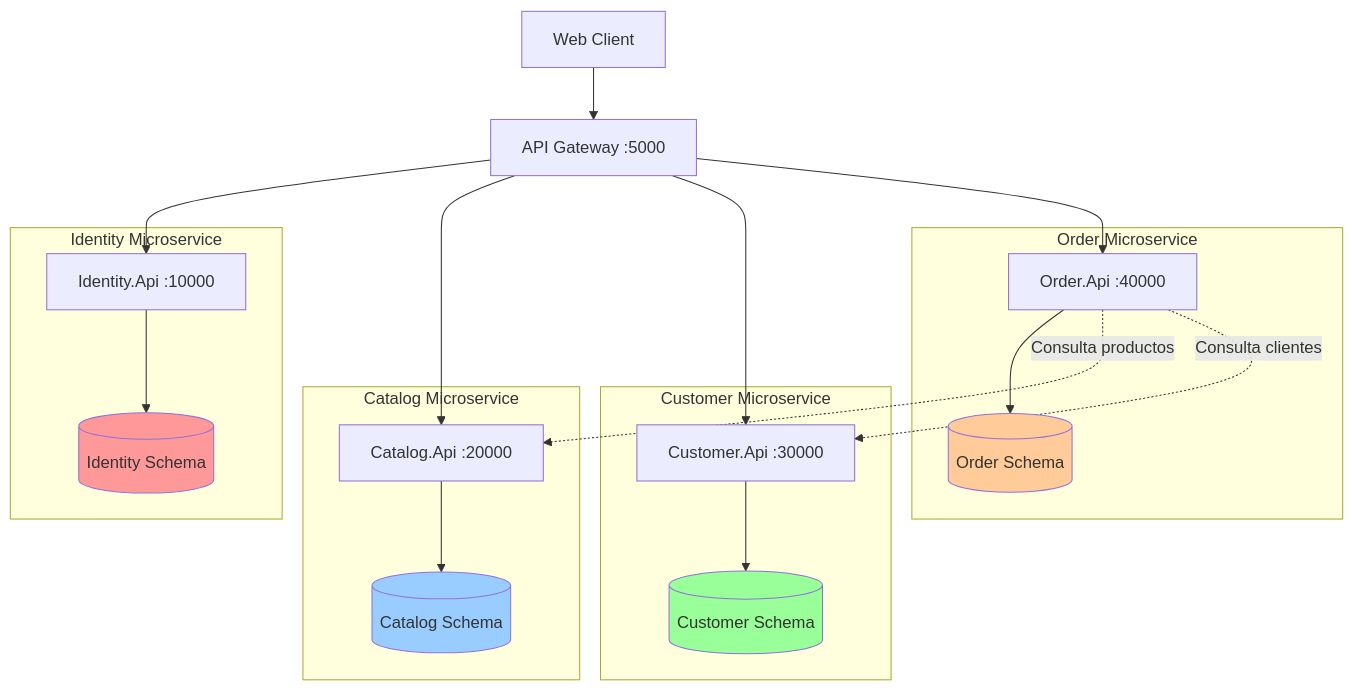
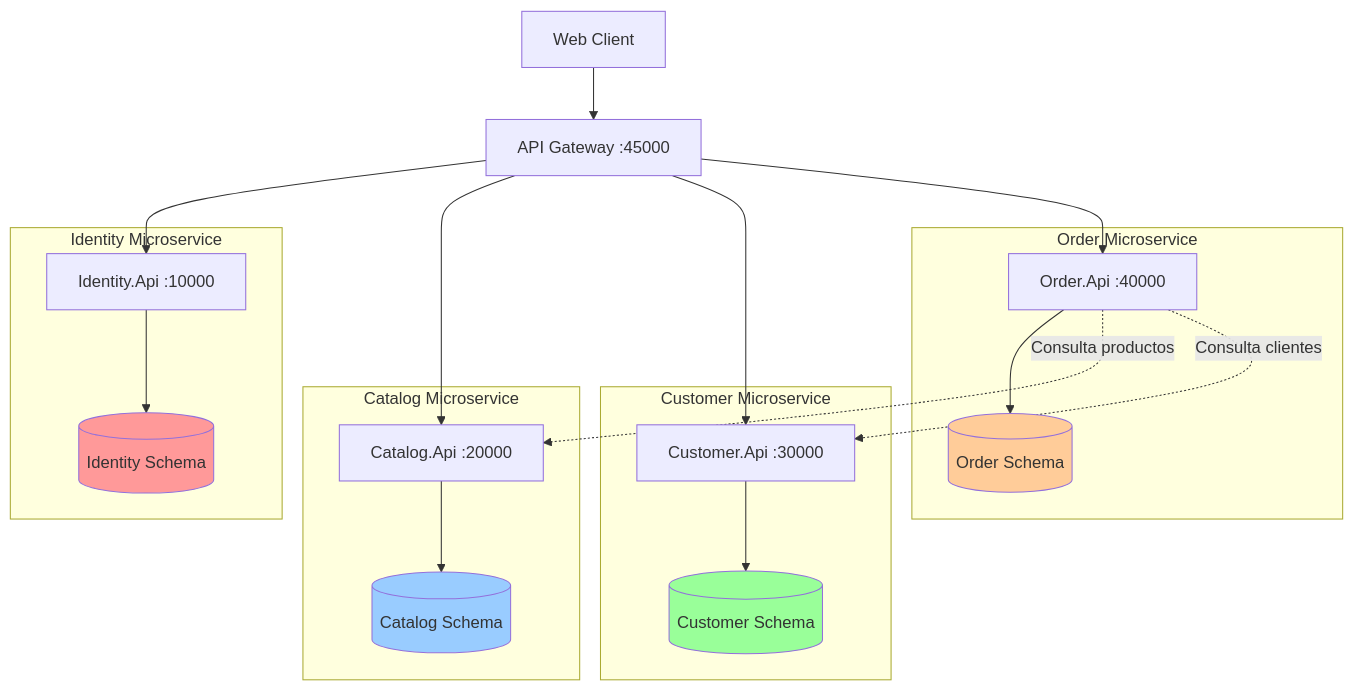
One commit to MiltonMolloja/ECommerceMicroserviceArchitecture changed the second of 3 diagrams in DATABASE_SCHEMA.md. Above: the diagram before and after it, drawn with Mermaid. The commit also changed 6 other files, not shown here.

Commit message:
UpDate API Gateway

````diff
--- a/DATABASE_SCHEMA.md
+++ b/DATABASE_SCHEMA.md
@@ -170,43 +170,43 @@
 ```mermaid
 graph TB
     subgraph "Identity Microservice"
         IdentityAPI[Identity.Api :10000]
         IdentityDB[(Identity Schema)]
         IdentityAPI --> IdentityDB
     end
     
     subgraph "Catalog Microservice"
         CatalogAPI[Catalog.Api :20000]
         CatalogDB[(Catalog Schema)]
         CatalogAPI --> CatalogDB
     end
     
     subgraph "Customer Microservice"
         CustomerAPI[Customer.Api :30000]
         CustomerDB[(Customer Schema)]
         CustomerAPI --> CustomerDB
     end
     
     subgraph "Order Microservice"
         OrderAPI[Order.Api :40000]
         OrderDB[(Order Schema)]
         OrderAPI --> OrderDB
     end
     
-    Gateway[API Gateway :5000]
+    Gateway[API Gateway :45000]
     WebClient[Web Client]
     
     WebClient --> Gateway
     Gateway --> IdentityAPI
     Gateway --> CatalogAPI
     Gateway --> CustomerAPI
     Gateway --> OrderAPI
     
     OrderAPI -.->|Consulta productos| CatalogAPI
     OrderAPI -.->|Consulta clientes| CustomerAPI
     
     style IdentityDB fill:#ff9999
     style CatalogDB fill:#99ccff
     style CustomerDB fill:#99ff99
     style OrderDB fill:#ffcc99
 ```
````
